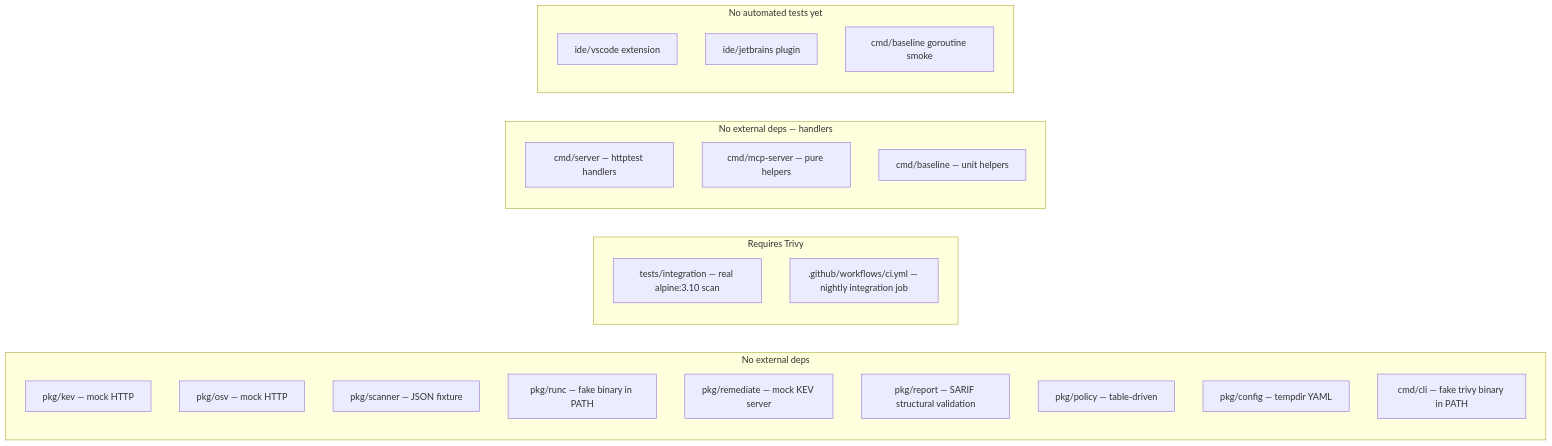
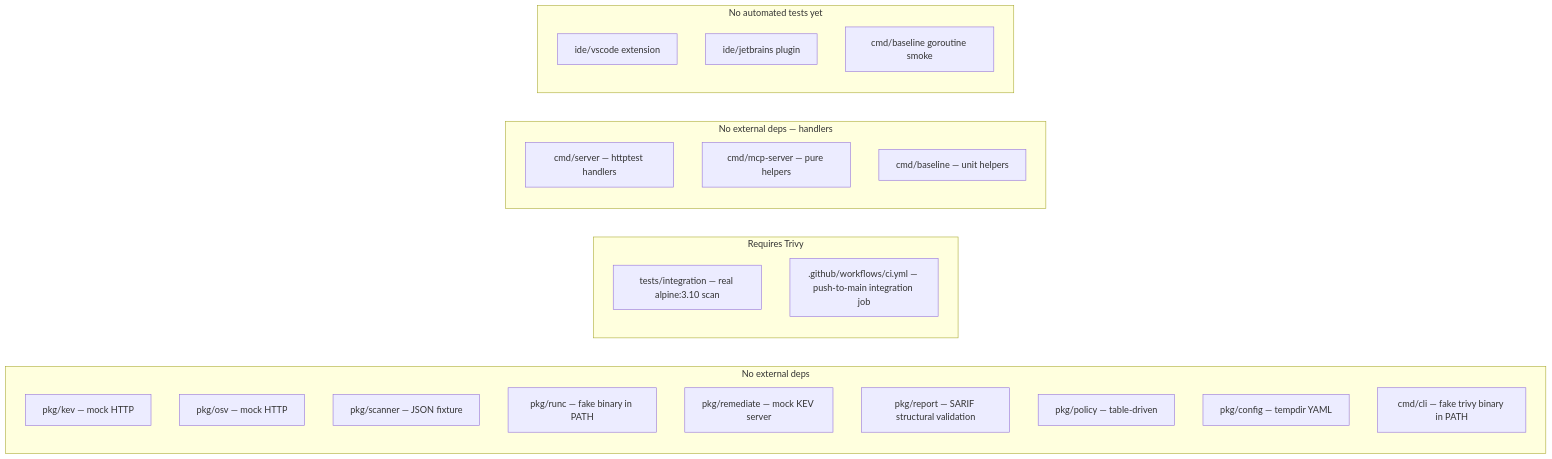
One commit to beejak/docker-scanner changed the sixth of 6 diagrams in docs/architecture-diagrams.md. Above: the diagram before and after it, drawn with Mermaid. The commit also changed 6 other files, not shown here.

````diff
--- a/docs/architecture-diagrams.md
+++ b/docs/architecture-diagrams.md
@@ -241,31 +241,31 @@
 ```mermaid
 flowchart LR
   subgraph tested_no_deps [No external deps]
     U1[pkg/kev — mock HTTP]
     U2[pkg/osv — mock HTTP]
     U3[pkg/scanner — JSON fixture]
     U4[pkg/runc — fake binary in PATH]
     U5[pkg/remediate — mock KEV server]
     U6[pkg/report — SARIF structural validation]
     U7[pkg/policy — table-driven]
     U8[pkg/config — tempdir YAML]
     U9[cmd/cli — fake trivy binary in PATH]
   end
 
   subgraph tested_trivy [Requires Trivy]
     I1[tests/integration — real alpine:3.10 scan]
-    I2[.github/workflows/ci.yml — nightly integration job]
+    I2[.github/workflows/ci.yml — push-to-main integration job]
   end
 
   subgraph tested_no_deps2 [No external deps — handlers]
     U10[cmd/server — httptest handlers]
     U11[cmd/mcp-server — pure helpers]
     U12[cmd/baseline — unit helpers]
   end
 
   subgraph not_yet [No automated tests yet]
     N1[ide/vscode extension]
     N2[ide/jetbrains plugin]
     N3[cmd/baseline goroutine smoke]
   end
 ```
````
